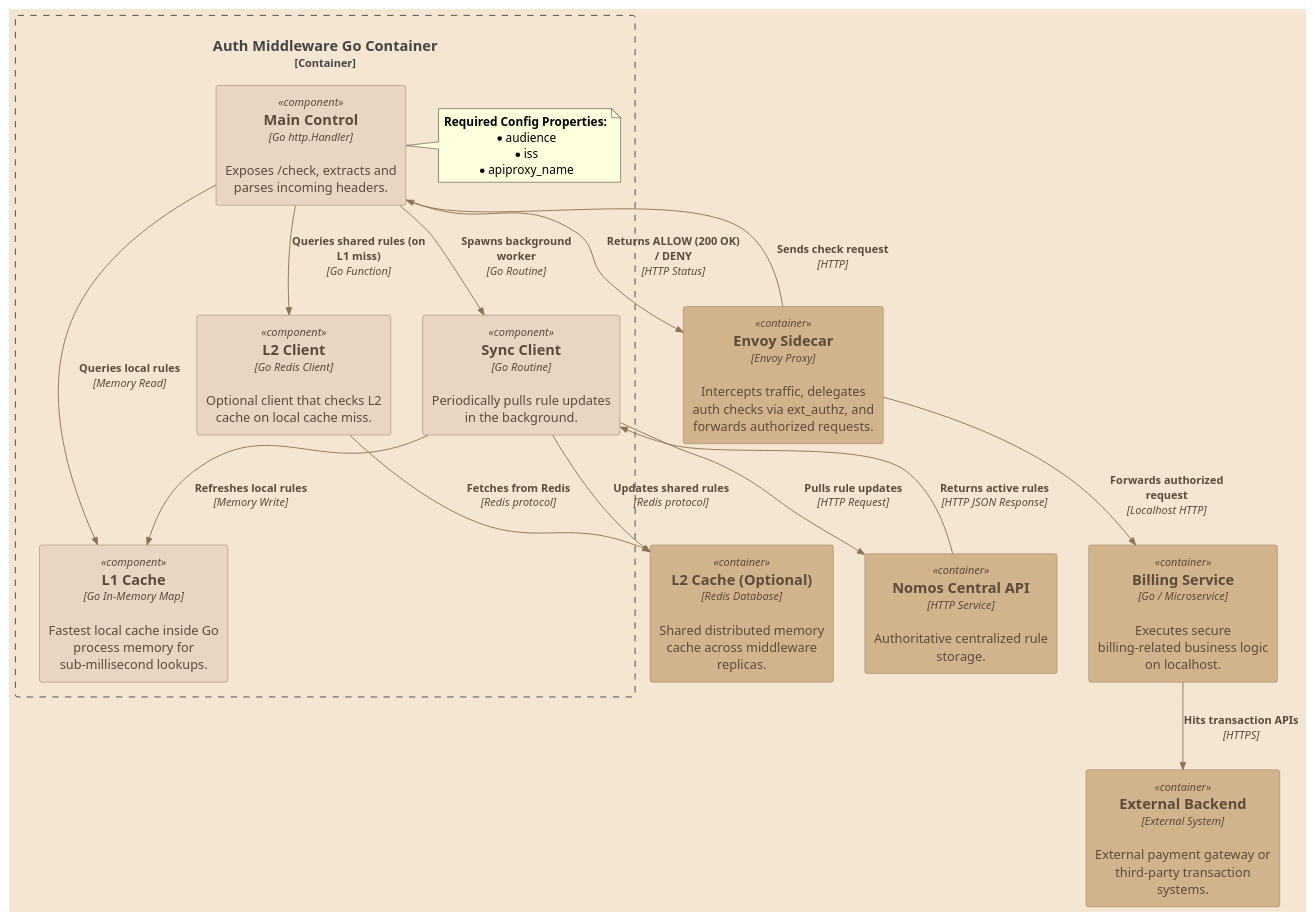
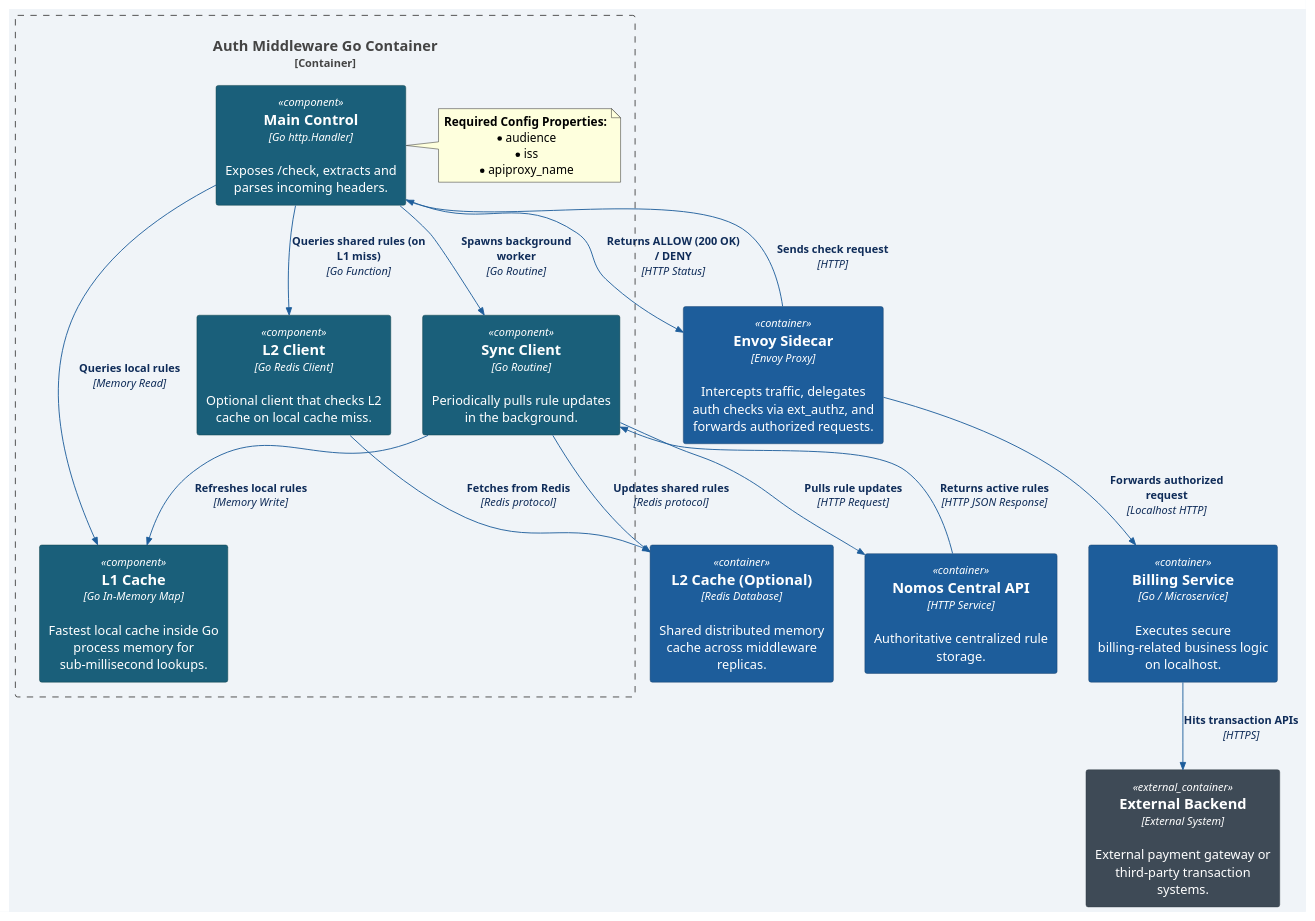
One commit to kiquetal/kiquetal.github.io changed the diagram in public/blog/2026-08-08-auth-ext-middleware/c3-component.puml. Above: the diagram before and after it, drawn with PlantUML. The commit also changed 3 other files, not shown here.

Commit message:
feat: enhance C4 diagrams with external backend interactions and updated styling

```diff
--- a/public/blog/2026-08-08-auth-ext-middleware/c3-component.puml
+++ b/public/blog/2026-08-08-auth-ext-middleware/c3-component.puml
@@ -1,46 +1,71 @@
 @startuml
 !include <C4/C4_Component>
 
-skinparam backgroundcolor #F5E6D3
+skinparam backgroundcolor #F0F4F8
 skinparam DefaultFontName "Courier New"
 
-UpdateElementStyle("person", $bgColor="#5C4A3A", $fontColor="#F5E6D3", $borderColor="#8B7355")
-UpdateElementStyle("container", $bgColor="#D2B48C", $fontColor="#5C4A3A", $borderColor="#8B7355")
-UpdateElementStyle("component", $bgColor="#E8D5C4", $fontColor="#5C4A3A", $borderColor="#8B7355")
-UpdateRelStyle($lineColor="#8B7355", $textColor="#5C4A3A")
+skinparam rectangle<<person>> {
+    BackgroundColor #0F2C59
+    FontColor #FFFFFF
+    BorderColor #1A5F7A
+}
+skinparam rectangle<<external_person>> {
+    BackgroundColor #3E4A56
+    FontColor #FFFFFF
+    BorderColor #2F3A44
+}
+skinparam rectangle<<container>> {
+    BackgroundColor #1D5D9B
+    FontColor #FFFFFF
+    BorderColor #143F6B
+}
+skinparam rectangle<<external_container>> {
+    BackgroundColor #3E4A56
+    FontColor #FFFFFF
+    BorderColor #2F3A44
+}
+skinparam rectangle<<component>> {
+    BackgroundColor #1A5F7A
+    FontColor #FFFFFF
+    BorderColor #0D3E46
+}
+skinparam arrow {
+    Color #1D5D9B
+    FontColor #0F2C59
+}
 
 Container(sidecar, "Envoy Sidecar", "Envoy Proxy", "Intercepts traffic, delegates auth checks via ext_authz, and forwards authorized requests.")
 Container(backend, "Billing Service", "Go / Microservice", "Executes secure billing-related business logic on localhost.")
-Container(ext_backend, "External Backend", "External System", "External payment gateway or third-party transaction systems.")
+Container_Ext(ext_backend, "External Backend", "External System", "External payment gateway or third-party transaction systems.")
 
 Container_Boundary(middleware, "Auth Middleware Go Container") {
     Component(router, "Main Control", "Go http.Handler", "Exposes /check, extracts and parses incoming headers.")
     Component(l1, "L1 Cache", "Go In-Memory Map", "Fastest local cache inside Go process memory for sub-millisecond lookups.")
     Component(l2_client, "L2 Client", "Go Redis Client", "Optional client that checks L2 cache on local cache miss.")
     Component(sync, "Sync Client", "Go Routine", "Periodically pulls rule updates in the background.")
     
     note right of router
       **Required Config Properties:**
       * audience
       * iss
       * apiproxy_name
     end note
 }
 
 Container(redis, "L2 Cache (Optional)", "Redis Database", "Shared distributed memory cache across middleware replicas.")
 Container(nomos_api, "Nomos Central API", "HTTP Service", "Authoritative centralized rule storage.")
 
 Rel(sidecar, router, "Sends check request", "HTTP")
 Rel(router, l1, "Queries local rules", "Memory Read")
 Rel(router, l2_client, "Queries shared rules (on L1 miss)", "Go Function")
 Rel(l2_client, redis, "Fetches from Redis", "Redis protocol")
 Rel(sync, nomos_api, "Pulls rule updates", "HTTP Request")
 Rel(nomos_api, sync, "Returns active rules", "HTTP JSON Response")
 Rel(sync, l1, "Refreshes local rules", "Memory Write")
 Rel(sync, redis, "Updates shared rules", "Redis protocol")
 Rel(router, sidecar, "Returns ALLOW (200 OK) / DENY", "HTTP Status")
 Rel(sidecar, backend, "Forwards authorized request", "Localhost HTTP")
 Rel(router, sync, "Spawns background worker", "Go Routine")
 Rel(backend, ext_backend, "Hits transaction APIs", "HTTPS")
 
 @enduml
```
